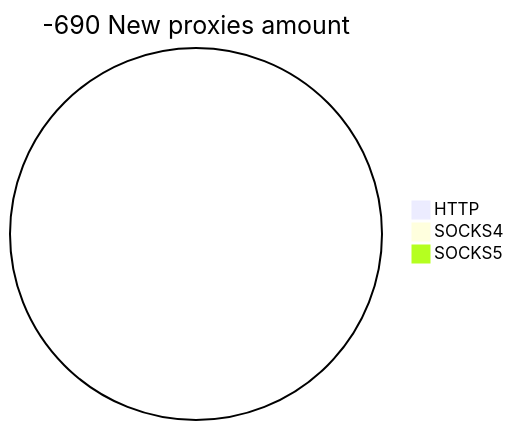
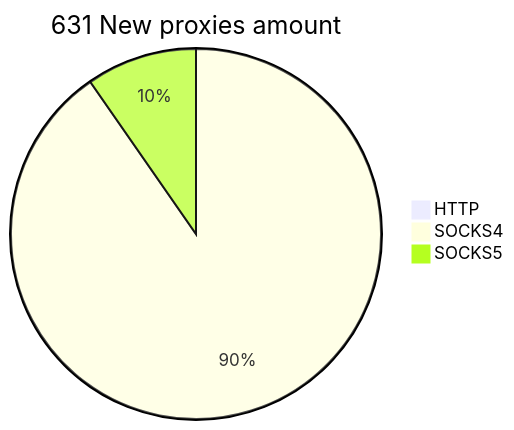
The second of 2 diagrams in README.md (cutipu/proxylist), drawn with Mermaid before and after one commit. The commit also changed other lines of this file, not shown here.

````diff
--- a/README.md
+++ b/README.md
@@ -10,6 +10,6 @@
 ```mermaid
-pie title -690 New proxies amount
+pie title 631 New proxies amount
     "HTTP" : 0
-    "SOCKS4" : 0
-    "SOCKS5" : 0
+    "SOCKS4" : 570
+    "SOCKS5" : 61
 ```
````
